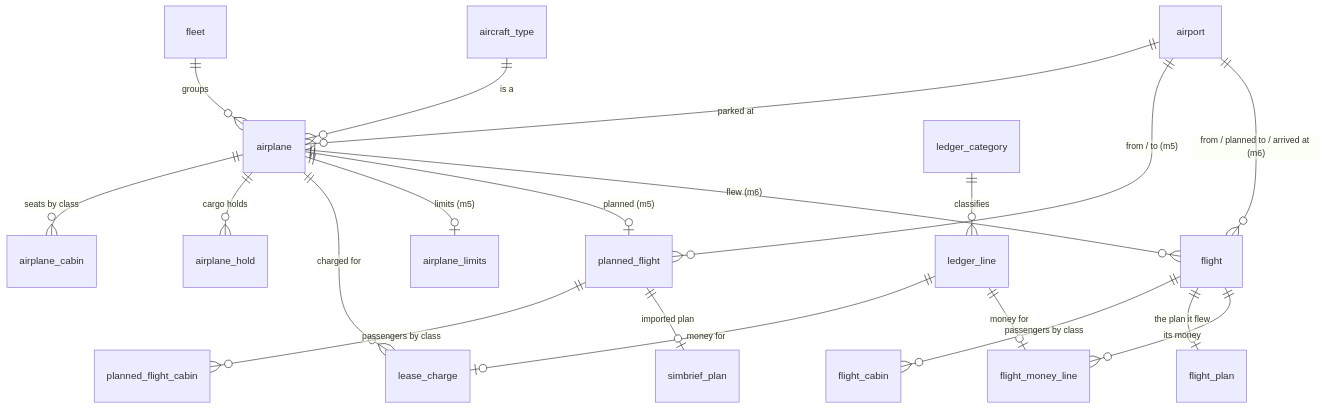
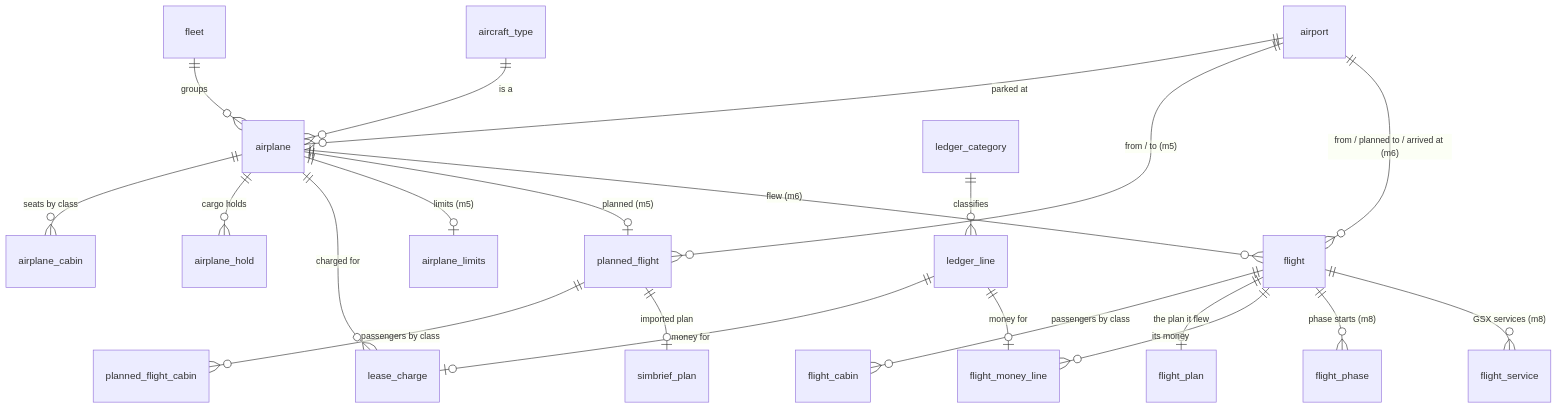
Before and after one commit to davesloan/blocktime: the diagram in docs/database.md, drawn with Mermaid. The commit also changed other lines of this file and 6 other files, not shown here.

First line of the commit message:
Store each flight's phase and GSX service times (D-137)

````diff
--- a/docs/database.md
+++ b/docs/database.md
@@ -41,22 +41,24 @@
 ```mermaid
 erDiagram
     fleet ||--o{ airplane : groups
     aircraft_type ||--o{ airplane : "is a"
     airport ||--o{ airplane : "parked at"
     airplane ||--o{ airplane_cabin : "seats by class"
     airplane ||--o{ airplane_hold : "cargo holds"
     ledger_category ||--o{ ledger_line : classifies
     ledger_line ||--o| lease_charge : "money for"
     airplane ||--o{ lease_charge : "charged for"
     airplane ||--o| airplane_limits : "limits (m5)"
     airplane ||--o| planned_flight : "planned (m5)"
     airport ||--o{ planned_flight : "from / to (m5)"
     planned_flight ||--o{ planned_flight_cabin : "passengers by class"
     planned_flight ||--o| simbrief_plan : "imported plan"
     airplane ||--o{ flight : "flew (m6)"
     airport ||--o{ flight : "from / planned to / arrived at (m6)"
     flight ||--o{ flight_cabin : "passengers by class"
     flight ||--o| flight_plan : "the plan it flew"
     flight ||--o{ flight_money_line : "its money"
     ledger_line ||--o| flight_money_line : "money for"
+    flight ||--o{ flight_phase : "phase starts (m8)"
+    flight ||--o{ flight_service : "GSX services (m8)"
 ```
````
